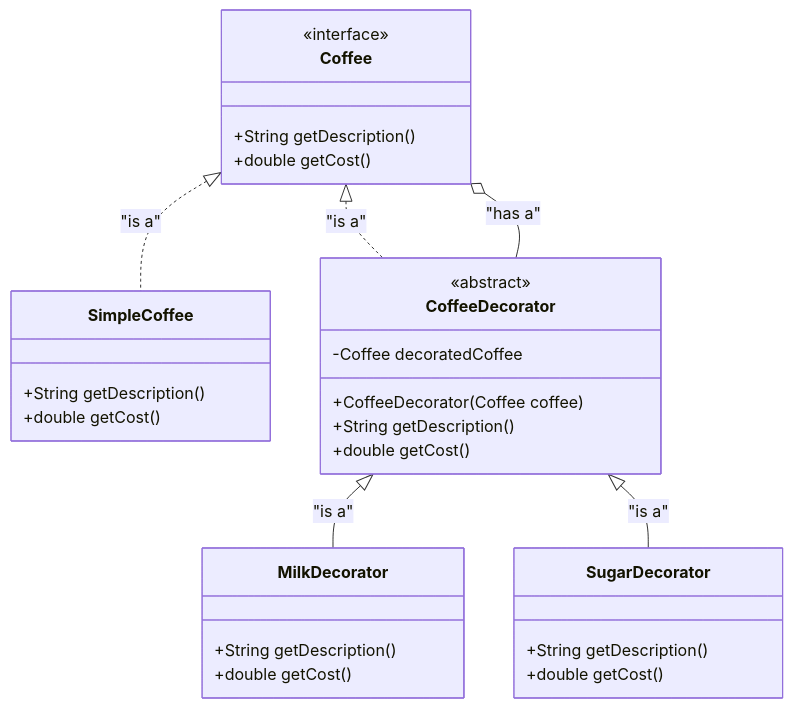
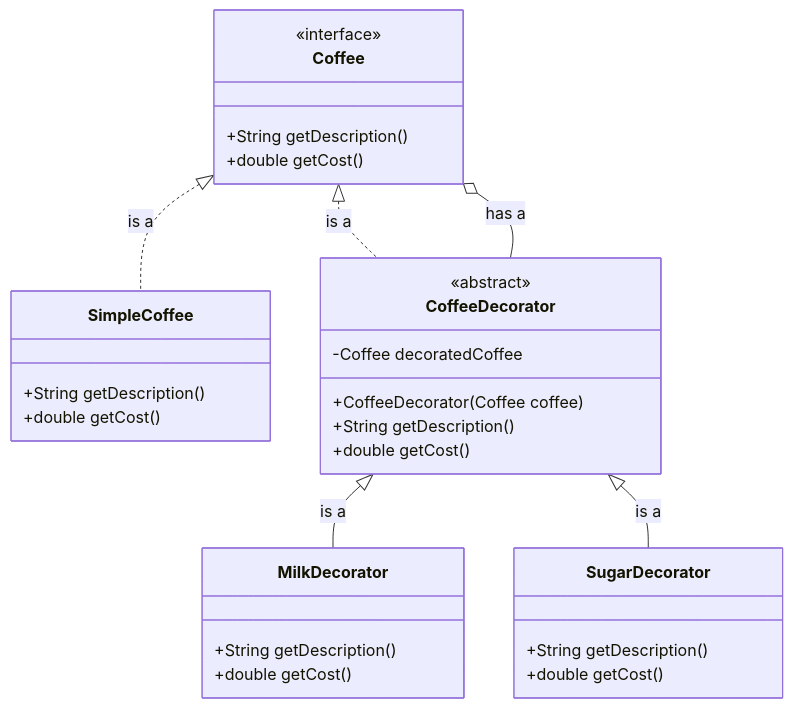
The diagram in structural/Decorator/Decorator.md (sachinyadav111140/designPattern), drawn with Mermaid before and after one commit.

Commit message:
decorator

````diff
--- a/structural/Decorator/Decorator.md
+++ b/structural/Decorator/Decorator.md
@@ -92,37 +92,37 @@
 ```mermaid
 classDiagram
     class Coffee {
         <<interface>>
         +String getDescription()
         +double getCost()
     }
 
     class SimpleCoffee {
         +String getDescription()
         +double getCost()
     }
 
     class CoffeeDecorator {
         <<abstract>>
         -Coffee decoratedCoffee
         +CoffeeDecorator(Coffee coffee)
         +String getDescription()
         +double getCost()
     }
 
     class MilkDecorator {
         +String getDescription()
         +double getCost()
     }
 
     class SugarDecorator {
         +String getDescription()
         +double getCost()
     }
 
-    Coffee <|.. SimpleCoffee : "is a"
-    Coffee <|.. CoffeeDecorator : "is a"
-    CoffeeDecorator <|-- MilkDecorator : "is a"
-    CoffeeDecorator <|-- SugarDecorator : "is a"
-    Coffee o-- CoffeeDecorator : "has a"
+    Coffee <|.. SimpleCoffee : is a
+    Coffee <|.. CoffeeDecorator : is a
+    CoffeeDecorator <|-- MilkDecorator : is a
+    CoffeeDecorator <|-- SugarDecorator : is a
+    Coffee o-- CoffeeDecorator : has a
 ```
````
